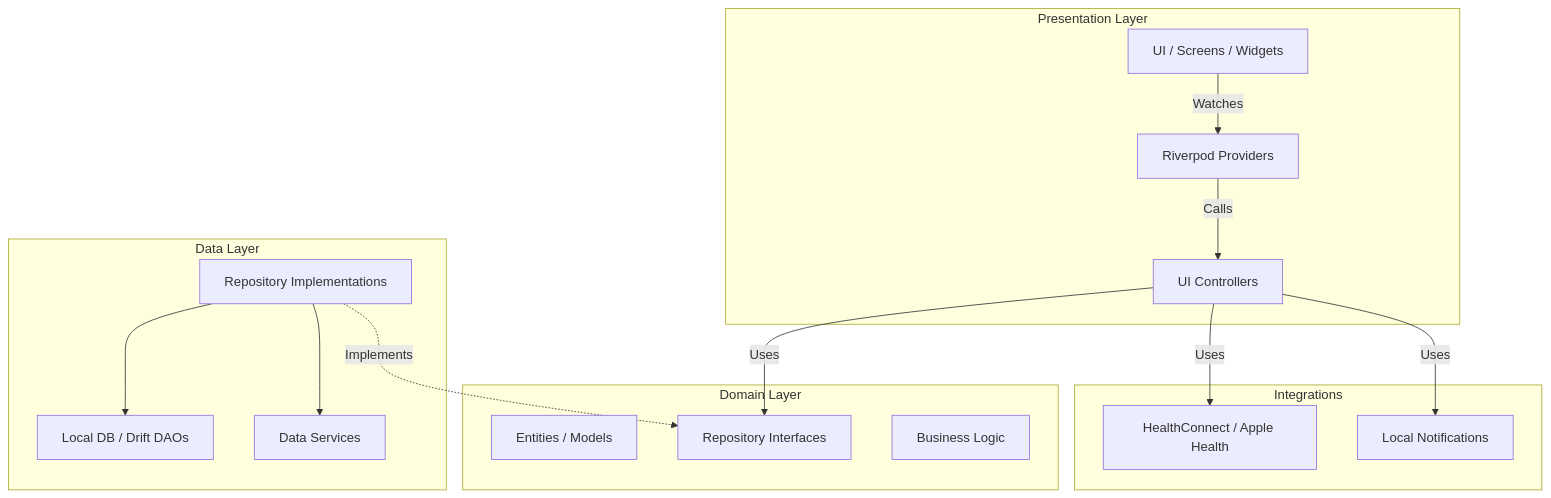
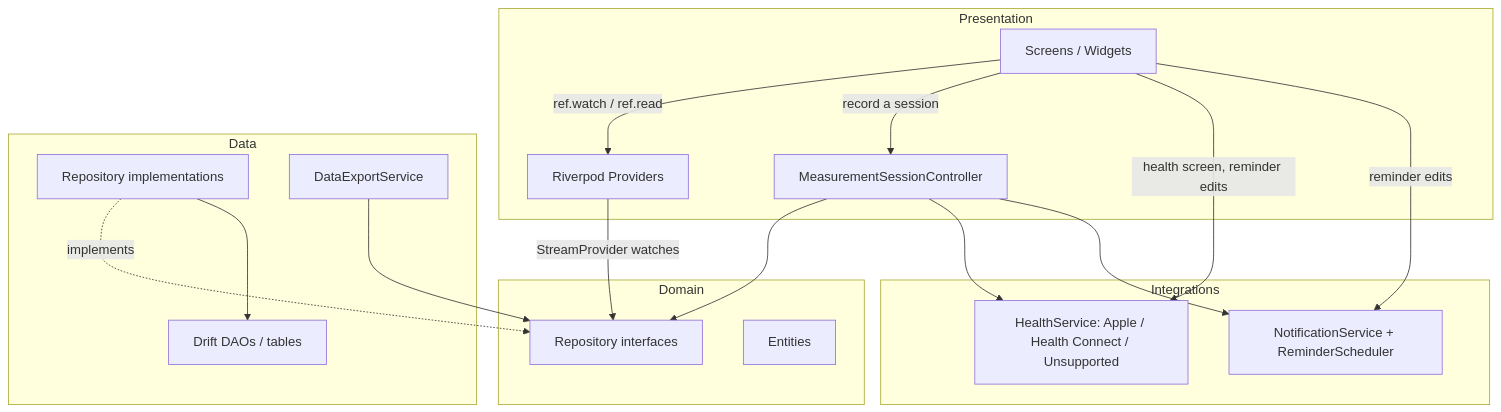
One commit to albertolicea00/MeasureMe changed the diagram in ARCHITECTURE.md. Above: the diagram before and after it, drawn with Mermaid. The commit also changed other lines of this file, not shown here.

Commit message:
refactor(architecture): update architecture documentation for clarity and structure

````diff
--- a/ARCHITECTURE.md
+++ b/ARCHITECTURE.md
@@ -31,34 +39,37 @@
 ```mermaid
 graph TD
-    subgraph Presentation Layer
-        UI[UI / Screens / Widgets]
-        State[Riverpod Providers]
-        Controllers[UI Controllers]
+    subgraph Presentation
+        Screens[Screens / Widgets]
+        Providers[Riverpod Providers]
+        SessionController[MeasurementSessionController]
     end
 
-    subgraph Domain Layer
-        Entities[Entities / Models]
-        RepoInterfaces[Repository Interfaces]
-        UseCases[Business Logic]
+    subgraph Domain
+        RepoInterfaces[Repository interfaces]
+        Entities[Entities]
     end
 
-    subgraph Data Layer
-        RepoImpl[Repository Implementations]
-        DB[Local DB / Drift DAOs]
-        Services[Data Services]
-    end
-    
-    subgraph Integrations
-        Health[HealthConnect / Apple Health]
-        Notifications[Local Notifications]
+    subgraph Data
+        RepoImpl[Repository implementations]
+        DAOs[Drift DAOs / tables]
+        ExportService[DataExportService]
     end
 
-    UI -->|Watches| State
-    State -->|Calls| Controllers
-    Controllers -->|Uses| RepoInterfaces
-    RepoImpl -.->|Implements| RepoInterfaces
-    RepoImpl --> DB
-    RepoImpl --> Services
-    Controllers -->|Uses| Health
-    Controllers -->|Uses| Notifications
+    subgraph Integrations
+        Health[HealthService: Apple / Health Connect / Unsupported]
+        Notifications[NotificationService + ReminderScheduler]
+    end
+
+    Screens -->|ref.watch / ref.read| Providers
+    Providers -->|StreamProvider watches| RepoInterfaces
+    Screens -->|record a session| SessionController
+    SessionController --> RepoInterfaces
+    SessionController --> Health
+    SessionController --> Notifications
+    Screens -->|health screen, reminder edits| Health
+    Screens -->|reminder edits| Notifications
+
+    RepoImpl -.->|implements| RepoInterfaces
+    RepoImpl --> DAOs
+    ExportService --> RepoInterfaces
 ```
````
